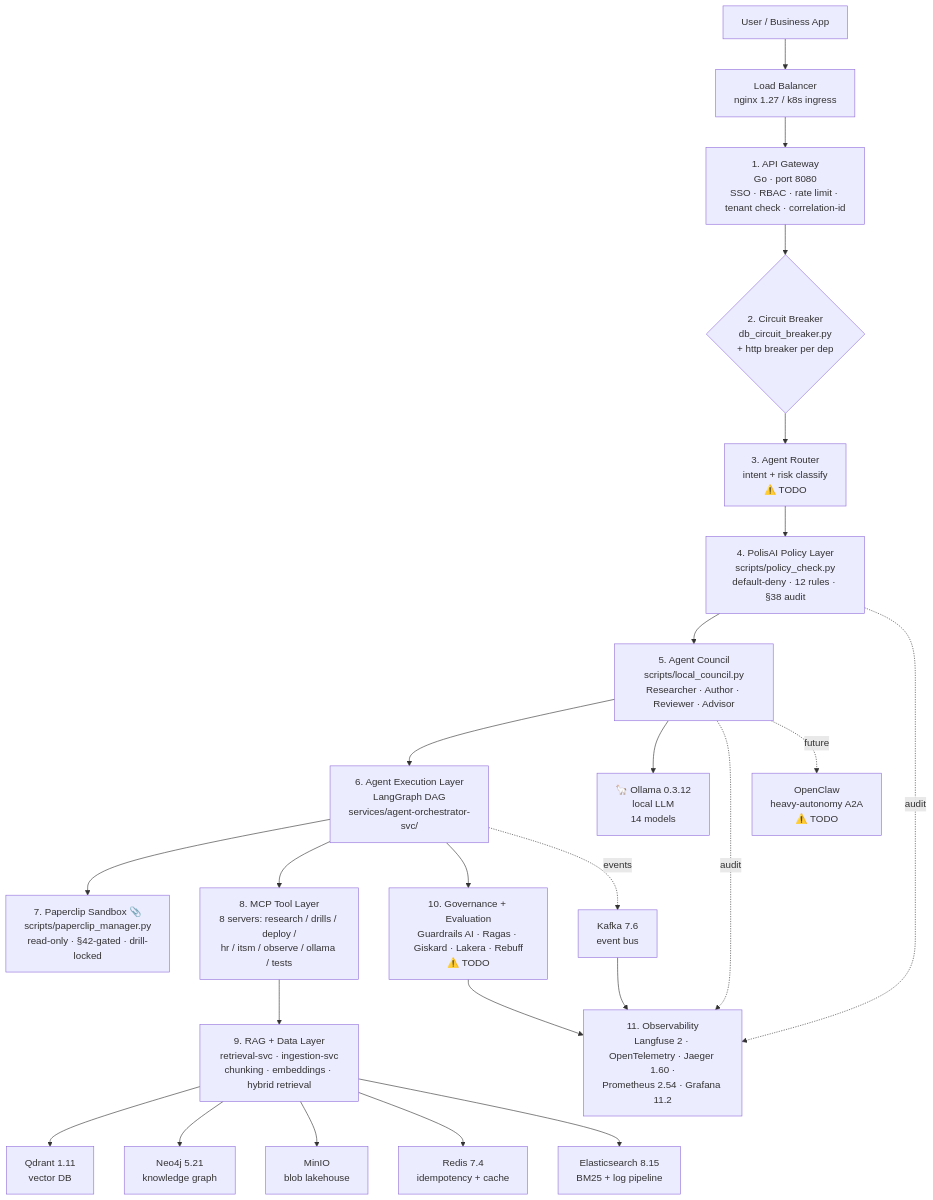
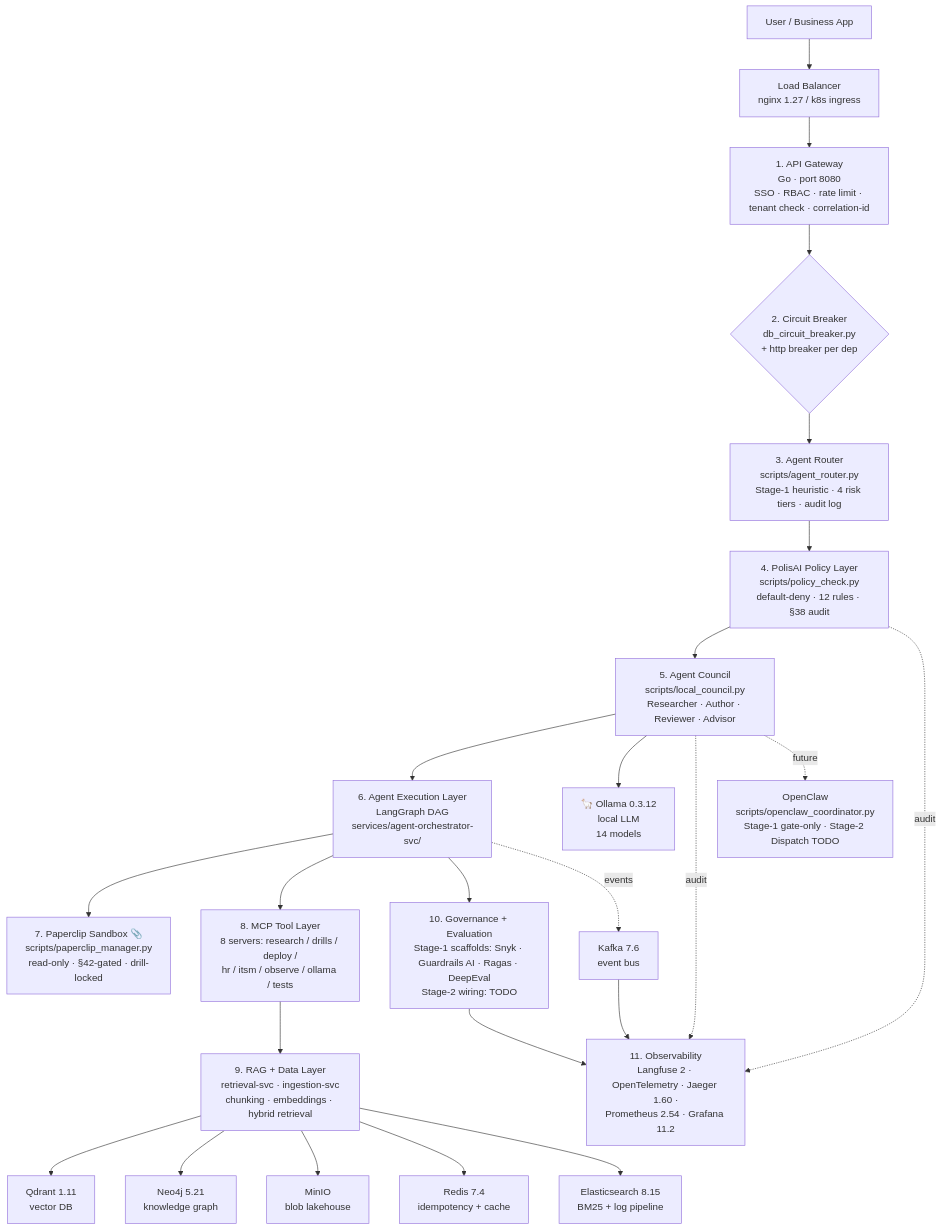
One commit to PraveenAsthana123/circuitRAG changed the diagram in README.md. Above: the diagram before and after it, drawn with Mermaid. The commit also changed other lines of this file and 3 other files, not shown here.

First line of the commit message:
feat(router): Stage-1 Agent Router — intent + risk classifier (Layer 3)

````diff
--- a/README.md
+++ b/README.md
@@ -99,29 +99,29 @@
 ```mermaid
 flowchart TD
     User[User / Business App]
     User --> LB[Load Balancer<br/>nginx 1.27 / k8s ingress]
     LB --> GW[1. API Gateway<br/>Go · port 8080<br/>SSO · RBAC · rate limit · tenant check · correlation-id]
     GW --> CB1{2. Circuit Breaker<br/>db_circuit_breaker.py<br/>+ http breaker per dep}
-    CB1 --> Router[3. Agent Router<br/>intent + risk classify<br/>⚠️ TODO]
+    CB1 --> Router[3. Agent Router<br/>scripts/agent_router.py<br/>Stage-1 heuristic · 4 risk tiers · audit log]
     Router --> Polis[4. PolisAI Policy Layer<br/>scripts/policy_check.py<br/>default-deny · 12 rules · §38 audit]
     Polis --> Council[5. Agent Council<br/>scripts/local_council.py<br/>Researcher · Author · Reviewer · Advisor]
     Council --> Exec[6. Agent Execution Layer<br/>LangGraph DAG<br/>services/agent-orchestrator-svc/]
     Exec --> Paperclip[7. Paperclip Sandbox 📎<br/>scripts/paperclip_manager.py<br/>read-only · §42-gated · drill-locked]
     Exec --> MCP[8. MCP Tool Layer<br/>8 servers: research / drills / deploy /<br/>hr / itsm / observe / ollama / tests]
     MCP --> RAG[9. RAG + Data Layer<br/>retrieval-svc · ingestion-svc<br/>chunking · embeddings · hybrid retrieval]
     RAG --> VDB[Qdrant 1.11<br/>vector DB]
     RAG --> KG[Neo4j 5.21<br/>knowledge graph]
     RAG --> Lake[MinIO<br/>blob lakehouse]
     RAG --> Cache[Redis 7.4<br/>idempotency + cache]
     RAG --> ES[Elasticsearch 8.15<br/>BM25 + log pipeline]
     Council --> Ollama[🦙 Ollama 0.3.12<br/>local LLM<br/>14 models]
-    Exec --> Eval[10. Governance + Evaluation<br/>Guardrails AI · Ragas · Giskard · Lakera · Rebuff<br/>⚠️ TODO]
+    Exec --> Eval[10. Governance + Evaluation<br/>Stage-1 scaffolds: Snyk · Guardrails AI · Ragas · DeepEval<br/>Stage-2 wiring: TODO]
     Eval --> Obs[11. Observability<br/>Langfuse 2 · OpenTelemetry · Jaeger 1.60 ·<br/>Prometheus 2.54 · Grafana 11.2]
     Polis -.audit.-> Obs
     Council -.audit.-> Obs
     Exec -.events.-> Kafka[Kafka 7.6<br/>event bus]
     Kafka --> Obs
 
-    OpenClaw[OpenClaw<br/>heavy-autonomy A2A<br/>⚠️ TODO]
+    OpenClaw[OpenClaw<br/>scripts/openclaw_coordinator.py<br/>Stage-1 gate-only · Stage-2 Dispatch TODO]
     Council -.future.-> OpenClaw
 ```
````
